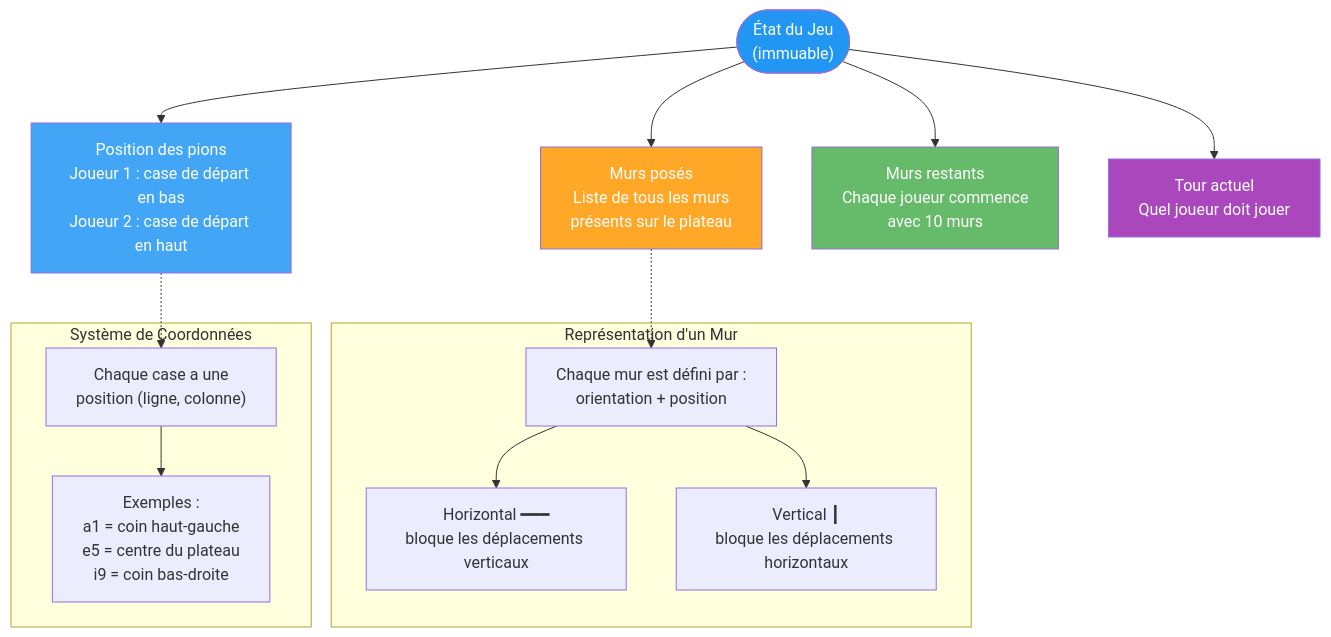
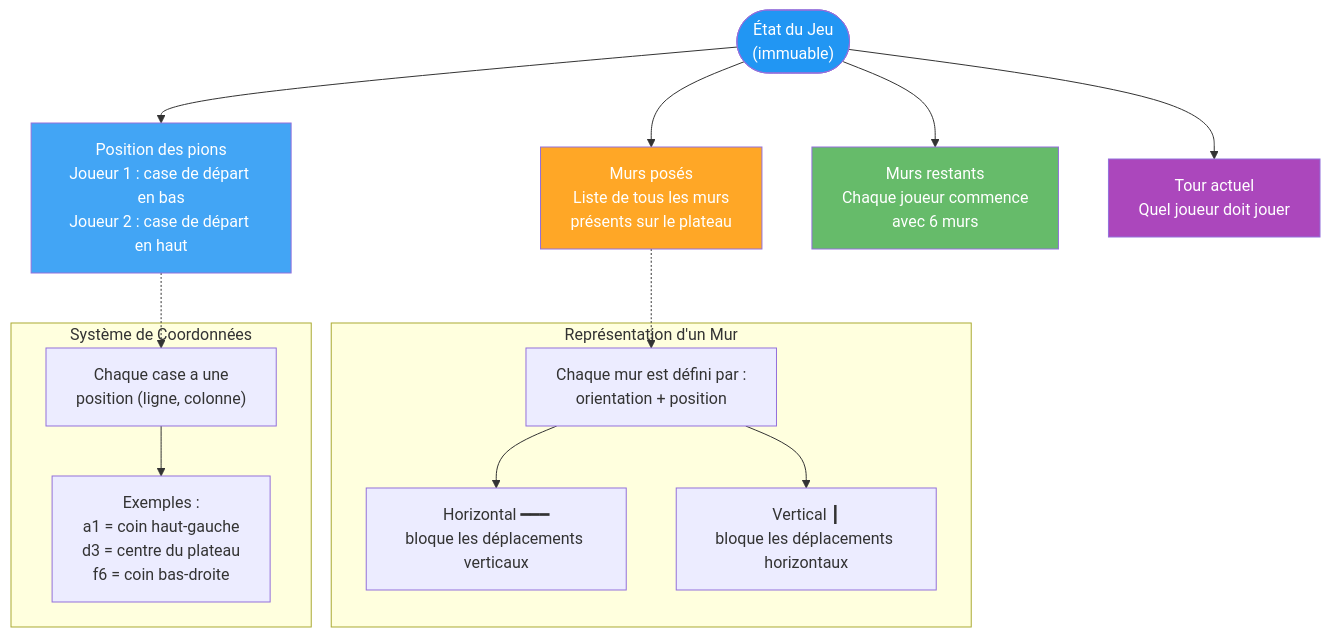
Before and after one commit to Silou1/Projet_mecatronique_I3: the first of 5 diagrams in flowcharts/04_plateau.md, drawn with Mermaid. The commit also changed other lines of this file and 14 other files, not shown here.

````diff
--- a/flowcharts/04_plateau.md
+++ b/flowcharts/04_plateau.md
@@ -11,31 +11,31 @@
 ```mermaid
 flowchart TD
     GS(["État du Jeu<br/>(immuable)"]) --> POS["Position des pions<br/>Joueur 1 : case de départ en bas<br/>Joueur 2 : case de départ en haut"]
     GS --> WALLS["Murs posés<br/>Liste de tous les murs<br/>présents sur le plateau"]
-    GS --> PW["Murs restants<br/>Chaque joueur commence<br/>avec 10 murs"]
+    GS --> PW["Murs restants<br/>Chaque joueur commence<br/>avec 6 murs"]
     GS --> CP["Tour actuel<br/>Quel joueur doit jouer"]
 
     subgraph "Représentation d'un Mur"
         WALL_DEF["Chaque mur est défini par :<br/>orientation + position"]
         WALL_H["Horizontal ━━━<br/>bloque les déplacements verticaux"]
         WALL_V["Vertical ┃<br/>bloque les déplacements horizontaux"]
         WALL_DEF --> WALL_H
         WALL_DEF --> WALL_V
     end
 
     WALLS -.-> WALL_DEF
 
     subgraph "Système de Coordonnées"
         COORD_DEF["Chaque case a une<br/>position (ligne, colonne)"]
-        COORD_EX["Exemples :<br/>a1 = coin haut-gauche<br/>e5 = centre du plateau<br/>i9 = coin bas-droite"]
+        COORD_EX["Exemples :<br/>a1 = coin haut-gauche<br/>d3 = centre du plateau<br/>f6 = coin bas-droite"]
         COORD_DEF --> COORD_EX
     end
 
     POS -.-> COORD_DEF
 
     style GS fill:#2196F3,color:#fff
     style POS fill:#42A5F5,color:#fff
     style WALLS fill:#FFA726,color:#fff
     style PW fill:#66BB6A,color:#fff
     style CP fill:#AB47BC,color:#fff
 ```
````
